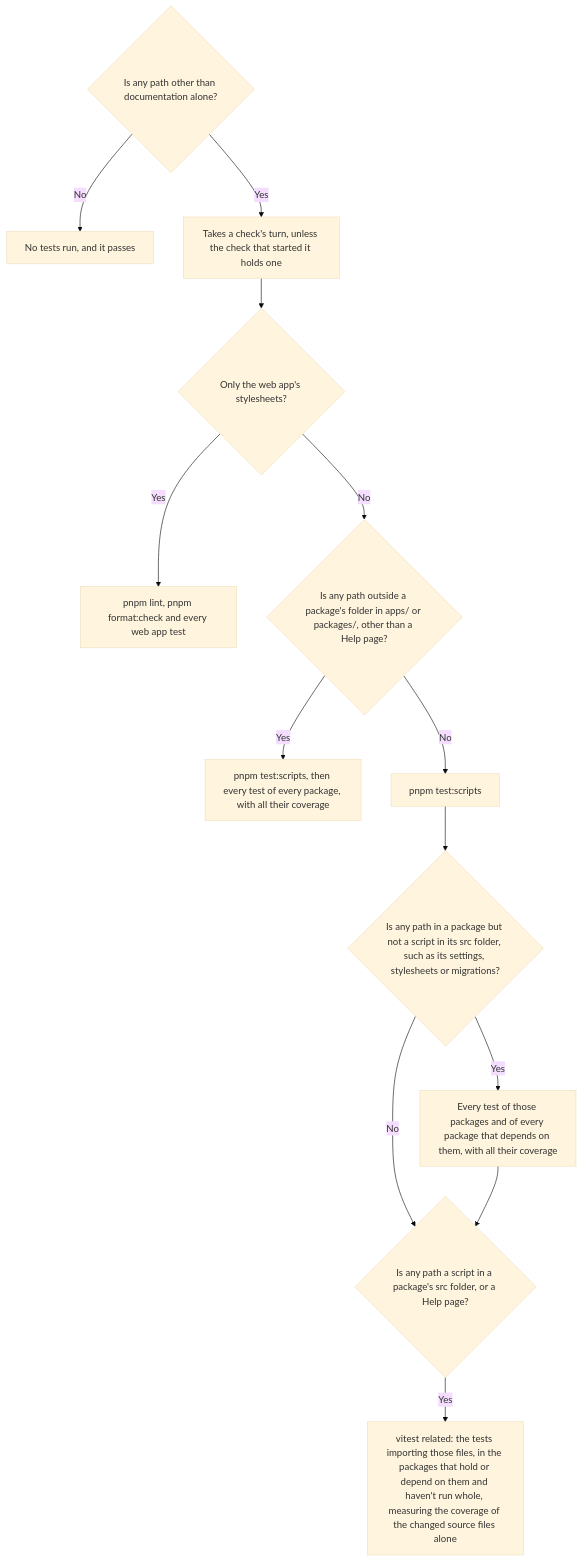
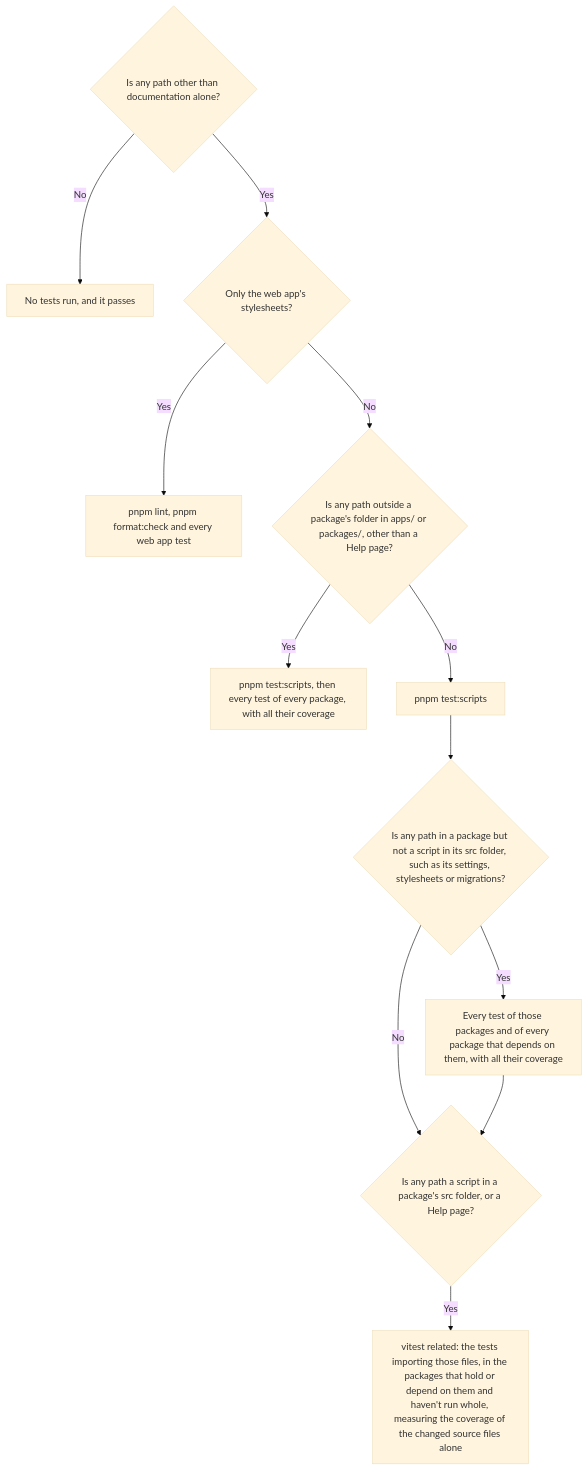
Before and after one commit to ribbitworks/fathom: the first of 11 diagrams in docs/design/checks-and-ci.md, drawn with Mermaid (base theme). The commit also changed other lines of this file and 1 other file, not shown here.

````diff
--- a/docs/design/checks-and-ci.md
+++ b/docs/design/checks-and-ci.md
@@ -20,16 +20,15 @@
 ```mermaid
 flowchart TD
     AnyCode{"Is any path other than documentation alone?"}
     AnyCode -- No --> NoTests["No tests run, and it passes"]
-    AnyCode -- Yes --> Turn["Takes a check's turn, unless the check that started it holds one"]
-    Turn --> Stylesheets{"Only the web app's stylesheets?"}
+    AnyCode -- Yes --> Stylesheets{"Only the web app's stylesheets?"}
     Stylesheets -- Yes --> StylesheetTests["pnpm lint, pnpm format:check and every web app test"]
     Stylesheets -- No --> Outside{"Is any path outside a package's folder in apps/ or packages/, other than a Help page?"}
     Outside -- Yes --> Everything["pnpm test:scripts, then every test of every package, with all their coverage"]
     Outside -- No --> Scripts["pnpm test:scripts"]
     Scripts --> Whole{"Is any path in a package but not a script in its src folder, such as its settings, stylesheets or migrations?"}
     Whole -- Yes --> WholePackages["Every test of those packages and of every package that depends on them, with all their coverage"]
     Whole -- No --> Imported
     WholePackages --> Imported{"Is any path a script in a package's src folder, or a Help page?"}
     Imported -- Yes --> Related["vitest related: the tests importing those files, in the packages that hold or depend on them and haven't run whole, measuring the coverage of the changed source files alone"]
 ```
````
